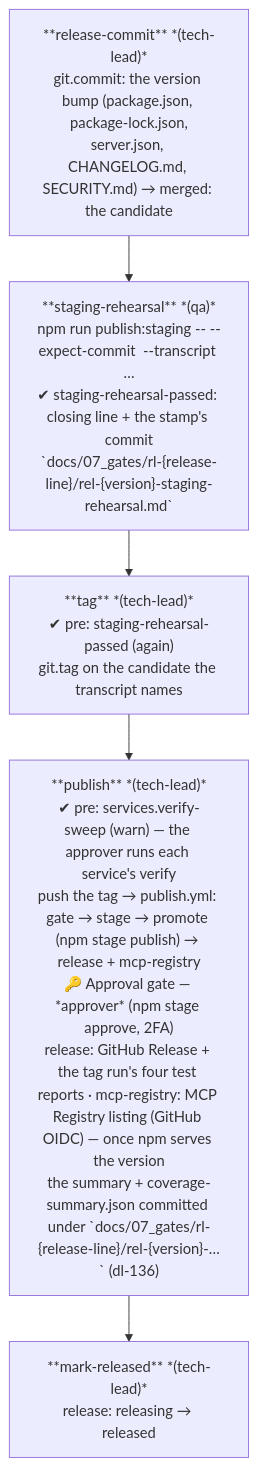
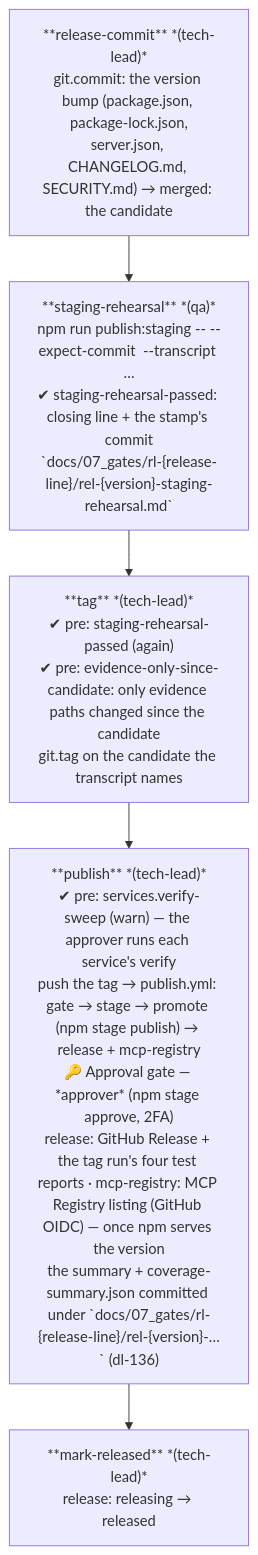
Diagram 15 of 29 in .wingfoil/WORKFLOW.md (wingfoil/wingfoil), drawn with Mermaid before and after one commit. The commit also changed other lines of this file and 6 other files, not shown here.

First line of the commit message:
fix(release): task-282 — pack-input candidate check, strict transcript check, evidence-only tag pre-check (bug-310, bug-311, bug-312)

````diff
--- a/.wingfoil/WORKFLOW.md
+++ b/.wingfoil/WORKFLOW.md
@@ -395,10 +404,10 @@
 ```mermaid
 flowchart TD
     RC["**release-commit** *(tech-lead)*\ngit.commit: the version bump (package.json, package-lock.json,\nserver.json, CHANGELOG.md, SECURITY.md) → merged: the candidate"]
     SR["**staging-rehearsal** *(qa)*\nnpm run publish:staging -- --expect-commit <candidate> --transcript …\n✔ staging-rehearsal-passed: closing line + the stamp's commit\n`docs/07_gates/rl-{release-line}/rel-{version}-staging-rehearsal.md`"]
-    TG["**tag** *(tech-lead)*\n✔ pre: staging-rehearsal-passed (again)\ngit.tag on the candidate the transcript names"]
+    TG["**tag** *(tech-lead)*\n✔ pre: staging-rehearsal-passed (again)\n✔ pre: evidence-only-since-candidate: only evidence paths changed since the candidate\ngit.tag on the candidate the transcript names"]
     PB["**publish** *(tech-lead)*\n✔ pre: services.verify-sweep (warn) — the approver runs each service's verify\npush the tag → publish.yml: gate → stage → promote (npm stage publish) → release + mcp-registry\n🔑 Approval gate — *approver* (npm stage approve, 2FA)\nrelease: GitHub Release + the tag run's four test reports · mcp-registry: MCP Registry listing (GitHub OIDC) — once npm serves the version\nthe summary + coverage-summary.json committed under `docs/07_gates/rl-{release-line}/rel-{version}-…` (dl-136)"]
     MR["**mark-released** *(tech-lead)*\nrelease: releasing → released"]
 
     RC --> SR --> TG --> PB --> MR
 ```
````
